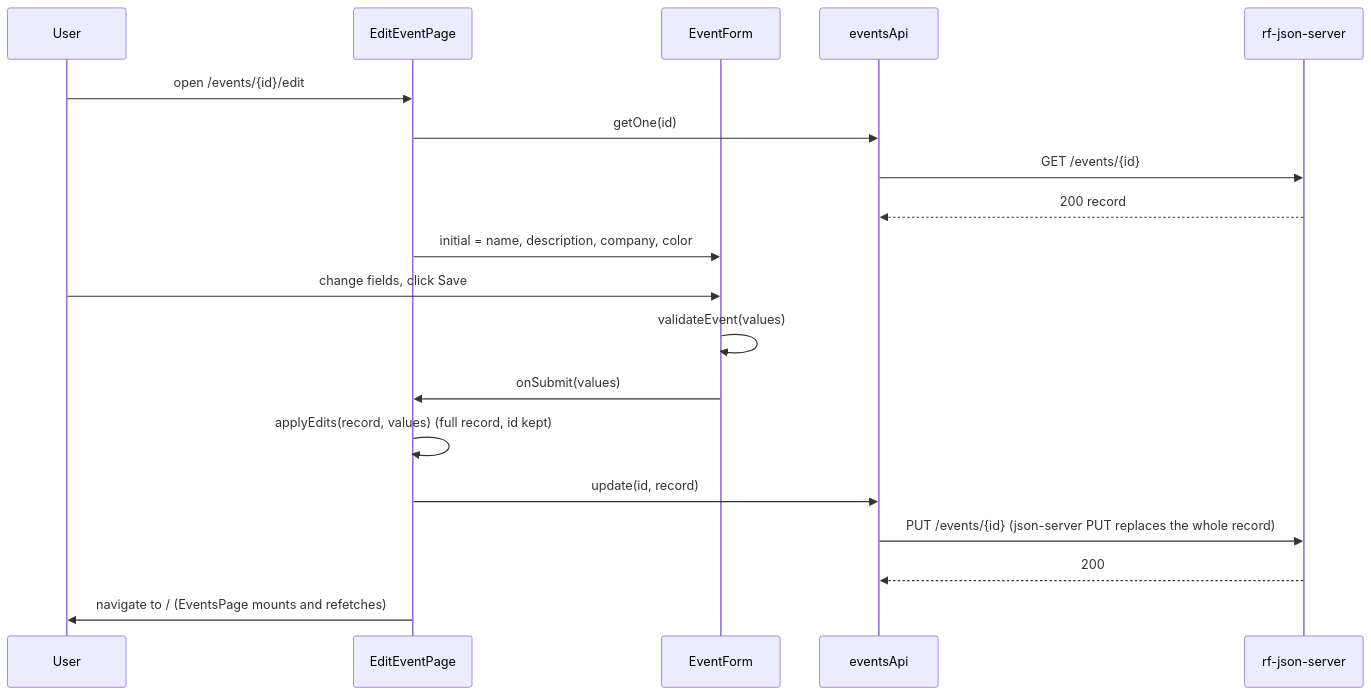
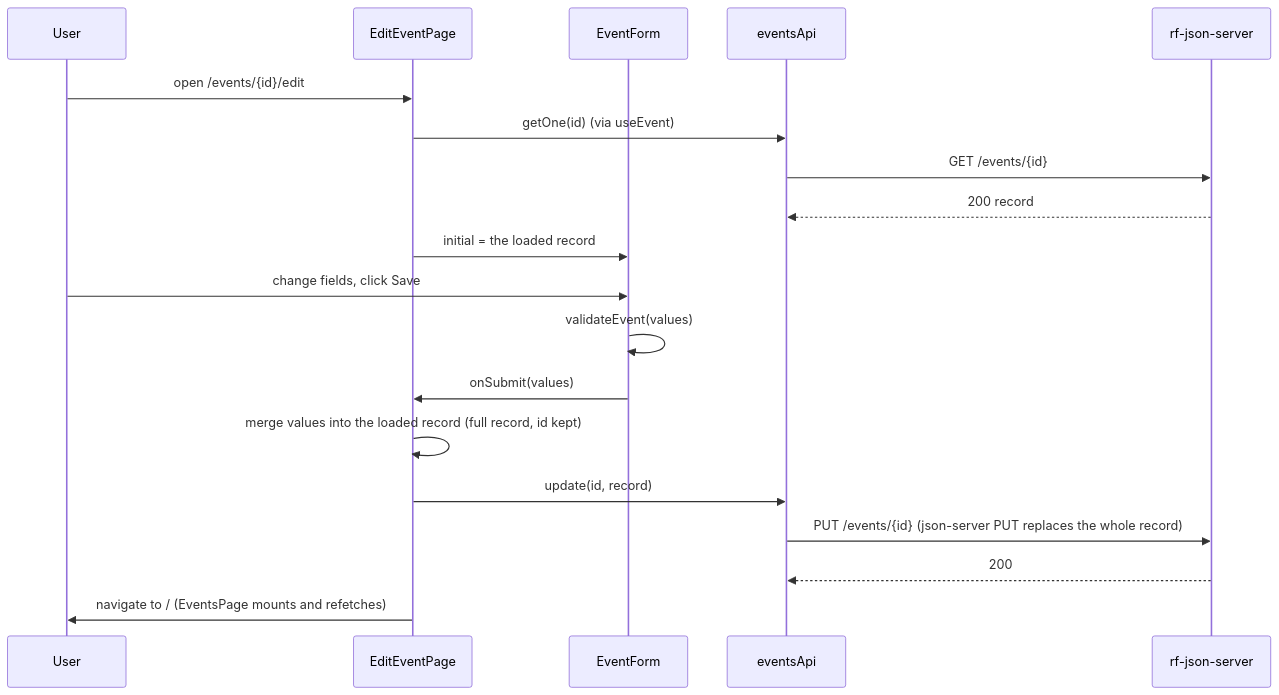
One commit to runningc1/events-app changed the sixth of 9 diagrams in docs/architecture.md. Above: the diagram before and after it, drawn with Mermaid. The commit also changed other lines of this file and 18 other files, not shown here.

First line of the commit message:
Consolidate: useEvent hook, drop one-use helpers

````diff
--- a/docs/architecture.md
+++ b/docs/architecture.md
@@ -125,22 +127,22 @@
 ```mermaid
 sequenceDiagram
   participant U as User
   participant E as EditEventPage
   participant F as EventForm
   participant A as eventsApi
   participant S as rf-json-server
 
   U->>E: open /events/{id}/edit
-  E->>A: getOne(id)
+  E->>A: getOne(id)  (via useEvent)
   A->>S: GET /events/{id}
   S-->>A: 200 record
-  E->>F: initial = name, description, company, color
+  E->>F: initial = the loaded record
   U->>F: change fields, click Save
   F->>F: validateEvent(values)
   F->>E: onSubmit(values)
-  E->>E: applyEdits(record, values)  (full record, id kept)
+  E->>E: merge values into the loaded record  (full record, id kept)
   E->>A: update(id, record)
   A->>S: PUT /events/{id}  (json-server PUT replaces the whole record)
   S-->>A: 200
   E->>U: navigate to /  (EventsPage mounts and refetches)
 ```
````
